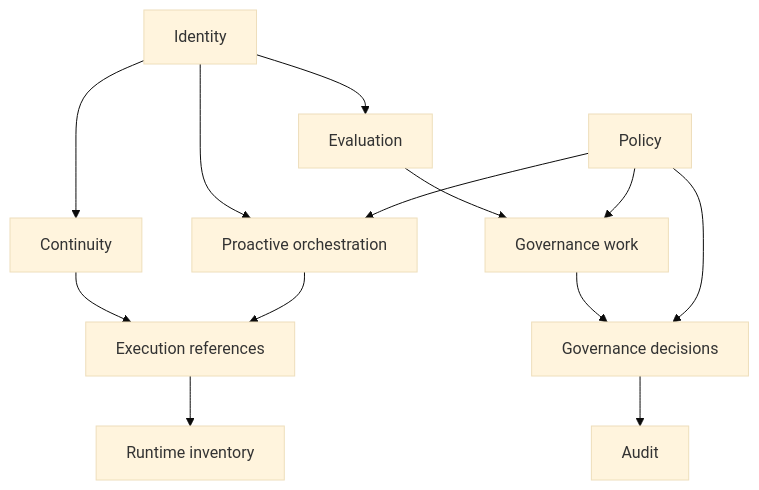
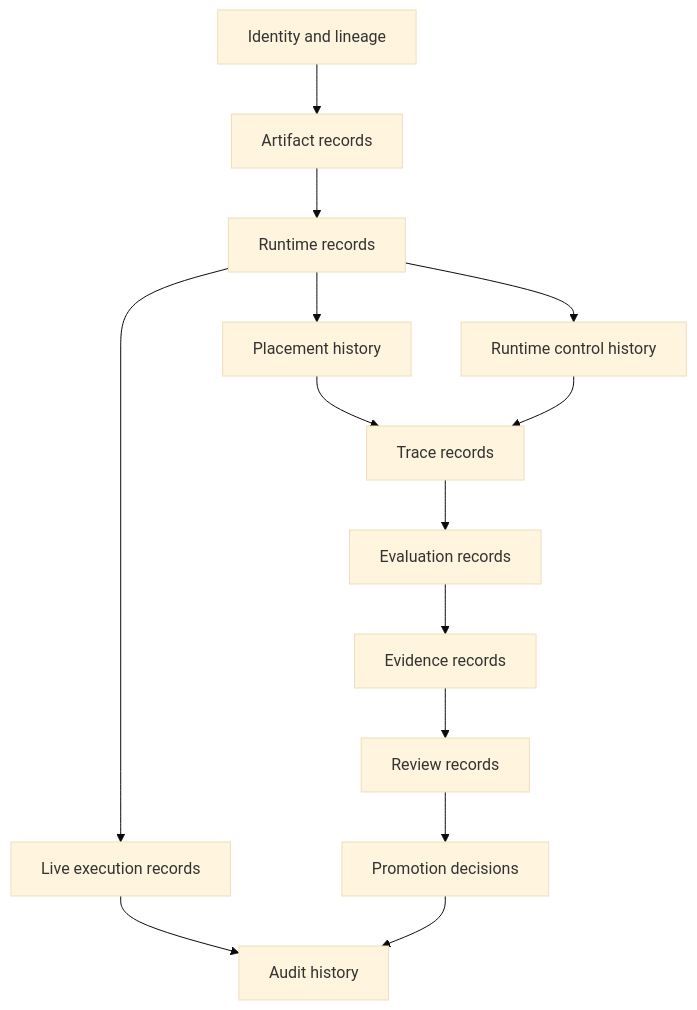
One commit to openboa-ai/ouroboros changed the diagram in wiki/architecture/control-plane/03-record-model.md. Above: the diagram before and after it, drawn with Mermaid (base theme). The commit also changed other lines of this file and 306 other files, not shown here.

Commit message:
docs: lock runtime control plane design baseline

````diff
--- a/wiki/architecture/control-plane/03-record-model.md
+++ b/wiki/architecture/control-plane/03-record-model.md
@@ -64,15 +26,16 @@
 ```mermaid
 flowchart TD
-    A["Identity"] --> B["Continuity"]
-    A --> P["Proactive orchestration"]
-    A --> C["Evaluation"]
-    B --> D["Execution references"]
-    D --> E["Runtime inventory"]
-    P --> D
-    C --> F["Governance work"]
-    F --> G["Governance decisions"]
-    G --> H["Audit"]
-    I["Policy"] --> F
-    I --> G
-    I --> P
+    ID["Identity and lineage"] --> ART["Artifact records"]
+    ART --> RT["Runtime records"]
+    RT --> PLC["Placement history"]
+    RT --> CTRL["Runtime control history"]
+    PLC --> TRACE["Trace records"]
+    CTRL --> TRACE
+    TRACE --> EVAL["Evaluation records"]
+    EVAL --> EV["Evidence records"]
+    EV --> REVIEW["Review records"]
+    REVIEW --> DEC["Promotion decisions"]
+    RT --> LIVE["Live execution records"]
+    LIVE --> AUDIT["Audit history"]
+    DEC --> AUDIT
 ```
````
